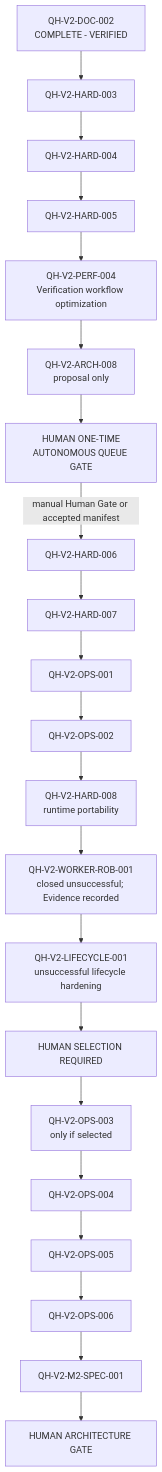
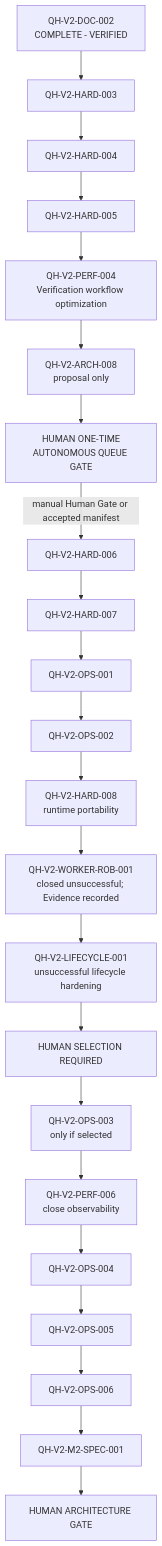
Before and after one commit to tmdgns104/qwen-harness-test: the diagram in BACKLOG.md, drawn with Mermaid. The commit also changed other lines of this file and 5 other files, not shown here.

````diff
--- a/BACKLOG.md
+++ b/BACKLOG.md
@@ -133,23 +134,24 @@
 ```mermaid
 flowchart TD
     D002["QH-V2-DOC-002<br/>COMPLETE - VERIFIED"] --> H003["QH-V2-HARD-003"]
     H003 --> H004["QH-V2-HARD-004"]
     H004 --> H005["QH-V2-HARD-005"]
     H005 --> P004["QH-V2-PERF-004<br/>Verification workflow optimization"]
     P004 --> A008["QH-V2-ARCH-008<br/>proposal only"]
     A008 --> Gate1["HUMAN ONE-TIME<br/>AUTONOMOUS QUEUE GATE"]
     Gate1 -->|"manual Human Gate or accepted manifest"| H006["QH-V2-HARD-006"]
     H006 --> H007["QH-V2-HARD-007"]
     H007 --> O001["QH-V2-OPS-001"]
     O001 --> O002["QH-V2-OPS-002"]
     O002 --> H008["QH-V2-HARD-008<br/>runtime portability"]
     H008 --> WROB["QH-V2-WORKER-ROB-001<br/>closed unsuccessful; Evidence recorded"]
     WROB --> L001["QH-V2-LIFECYCLE-001<br/>unsuccessful lifecycle hardening"]
     L001 --> HumanSelect["HUMAN SELECTION REQUIRED"]
     HumanSelect --> O003["QH-V2-OPS-003<br/>only if selected"]
-    O003 --> O004["QH-V2-OPS-004"]
+    O003 --> P006["QH-V2-PERF-006<br/>close observability"]
+    P006 --> O004["QH-V2-OPS-004"]
     O004 --> O005["QH-V2-OPS-005"]
     O005 --> O006["QH-V2-OPS-006"]
     O006 --> M2["QH-V2-M2-SPEC-001"]
     M2 --> Gate["HUMAN ARCHITECTURE GATE"]
 ```
````
